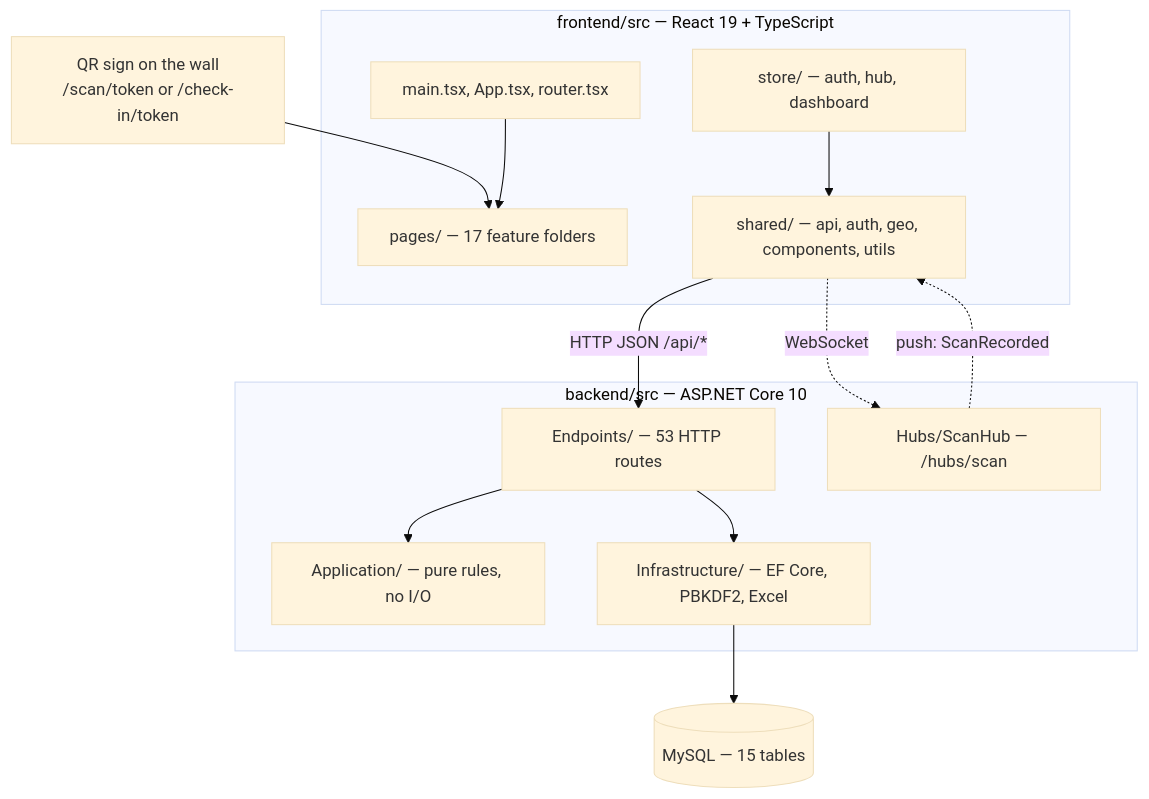
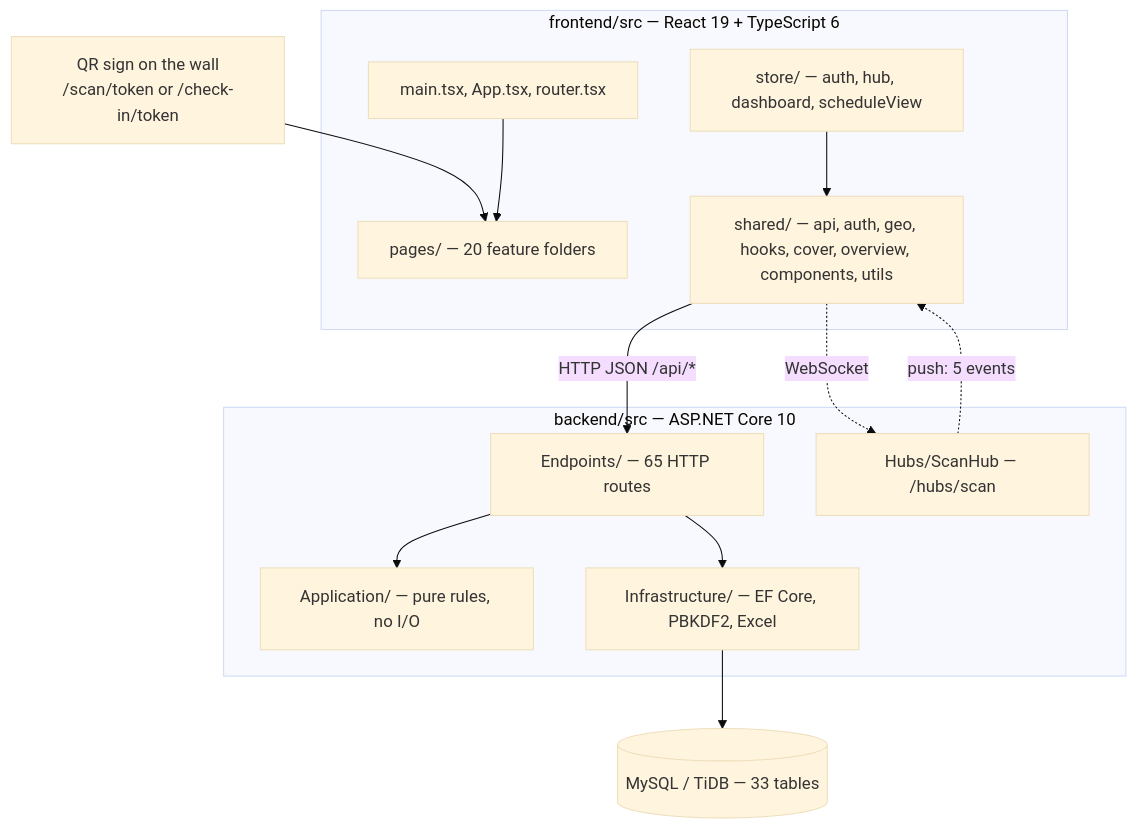
Before and after one commit to ThodsaphonSonthiphin/Facility-Real-time-dashboard: the first of 6 diagrams in docs/code-map.md, drawn with Mermaid (base theme). The commit also changed other lines of this file and 16 other files, not shown here.

````diff
--- a/docs/code-map.md
+++ b/docs/code-map.md
@@ -10,25 +10,25 @@
 ```mermaid
 graph TD
     QR["QR sign on the wall<br/>/scan/token or /check-in/token"] --> Pages
-    subgraph FE["frontend/src — React 19 + TypeScript"]
-        Pages["pages/ — 17 feature folders"]
-        Shared["shared/ — api, auth, geo, components, utils"]
+    subgraph FE["frontend/src — React 19 + TypeScript 6"]
+        Pages["pages/ — 20 feature folders"]
+        Shared["shared/ — api, auth, geo, hooks, cover, overview, components, utils"]
         Router["main.tsx, App.tsx, router.tsx"]
-        Store["store/ — auth, hub, dashboard"]
+        Store["store/ — auth, hub, dashboard, scheduleView"]
     end
     subgraph BE["backend/src — ASP.NET Core 10"]
-        Endpoints["Endpoints/ — 53 HTTP routes"]
+        Endpoints["Endpoints/ — 65 HTTP routes"]
         Rules["Application/ — pure rules, no I/O"]
         Persist["Infrastructure/ — EF Core, PBKDF2, Excel"]
         Hub["Hubs/ScanHub — /hubs/scan"]
     end
-    DB[("MySQL — 15 tables")]
+    DB[("MySQL / TiDB — 33 tables")]
     Shared -->|"HTTP JSON /api/*"| Endpoints
     Shared -.->|"WebSocket"| Hub
-    Hub -.->|"push: ScanRecorded"| Shared
+    Hub -.->|"push: 5 events"| Shared
     Endpoints --> Rules
     Endpoints --> Persist
     Persist --> DB
     Router --> Pages
     Store --> Shared
 ```
````
